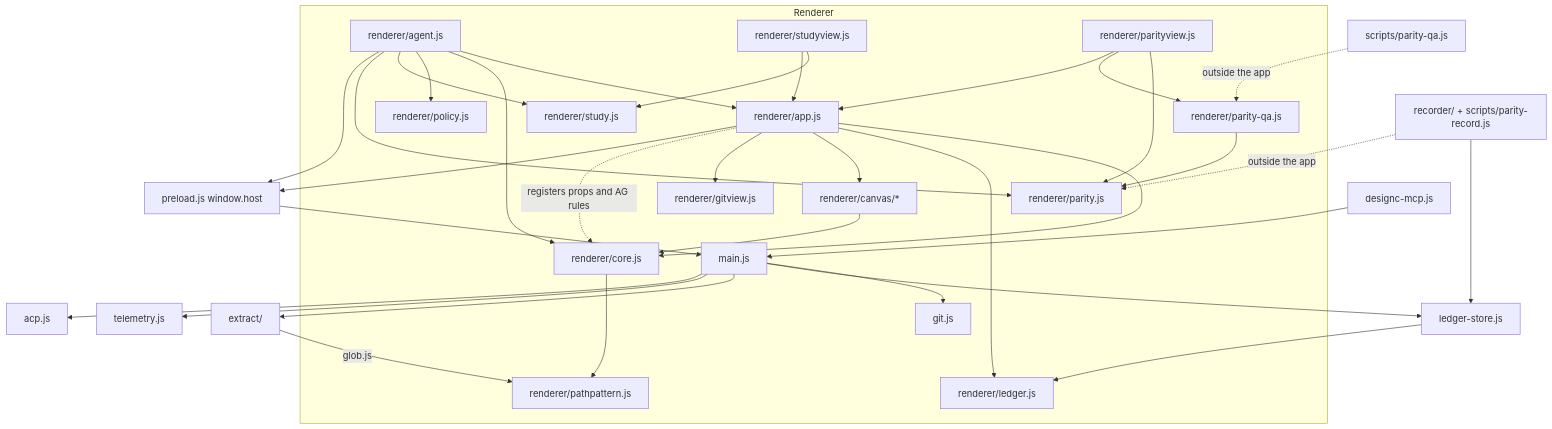
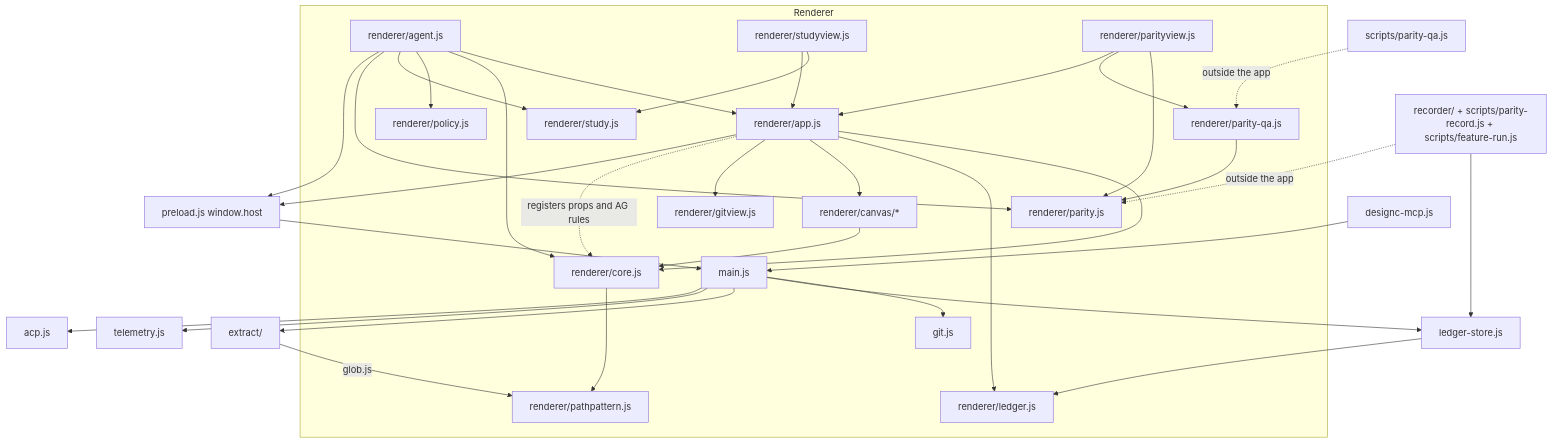
Before and after one commit to xMikeTR/designc: the second of 2 diagrams in ARCHITECTURE.md, drawn with Mermaid. The commit also changed other lines of this file and 12 other files, not shown here.

Commit message:
S12a: feature journey executor, press/wait/entry, ready probe, feature-run CLI

````diff
--- a/ARCHITECTURE.md
+++ b/ARCHITECTURE.md
@@ -121,37 +122,37 @@
 ```mermaid
 graph TD
   subgraph Renderer
     app[renderer/app.js] --> core[renderer/core.js]
     app --> ledger[renderer/ledger.js]
     app --> canvas[renderer/canvas/*]
     agent[renderer/agent.js] --> app
     agent --> core
     agent --> policy[renderer/policy.js]
     agent --> study[renderer/study.js]
     studyview[renderer/studyview.js] --> study
     studyview --> app
     parityview[renderer/parityview.js] --> parity[renderer/parity.js]
     parityview --> parityqa[renderer/parity-qa.js]
     parityqa --> parity
     parityview --> app
     agent --> parity
     main --> gitmod[git.js]
     app --> gitview[renderer/gitview.js]
     canvas --> core
     core --> pp[renderer/pathpattern.js]
     app -. registers props and AG rules .-> core
   end
   app --> host[preload.js window.host]
   agent --> host
   host --> main[main.js]
   main --> store[ledger-store.js]
   store --> ledger
   main --> extract[extract/]
   extract -->|glob.js| pp
   main --> telemetry[telemetry.js]
   main --> acp[acp.js]
   mcp[designc-mcp.js] --> main
-  recorder[recorder/ + scripts/parity-record.js] -. outside the app .-> parity
+  recorder[recorder/ + scripts/parity-record.js + scripts/feature-run.js] -. outside the app .-> parity
   qacli[scripts/parity-qa.js] -. outside the app .-> parityqa
   recorder --> store
 ```
````
